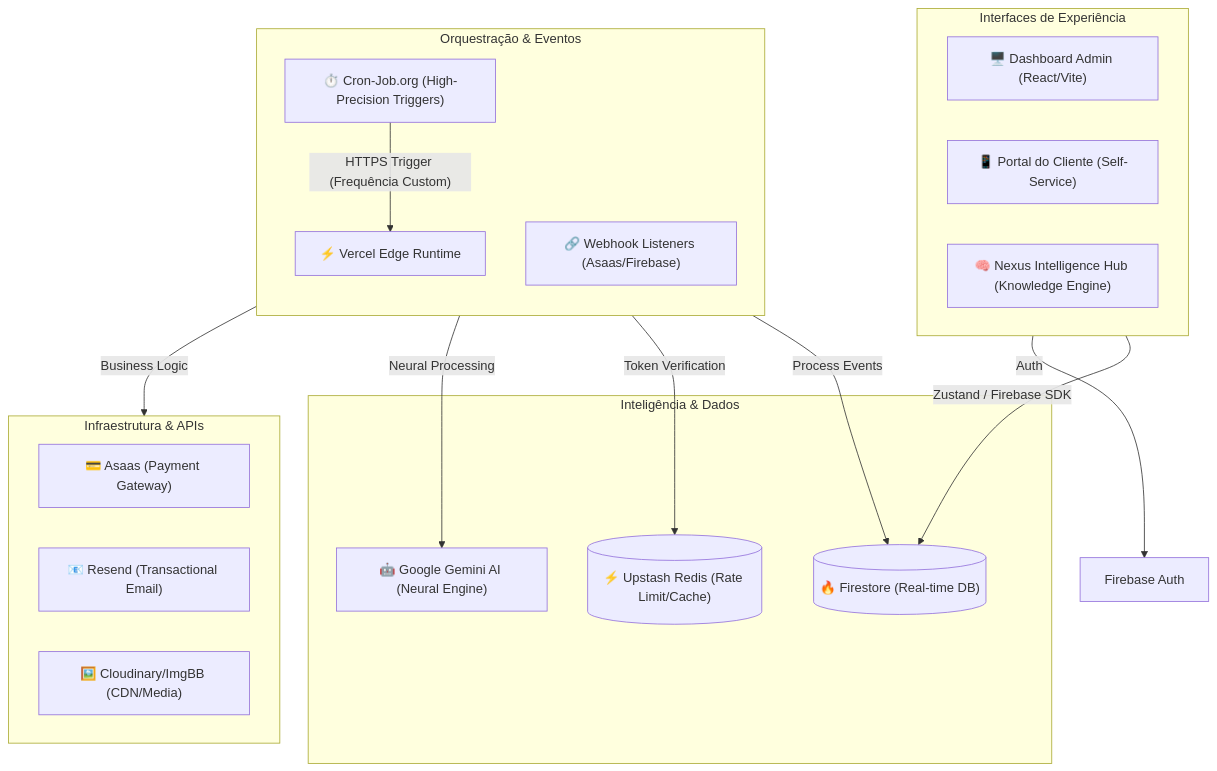
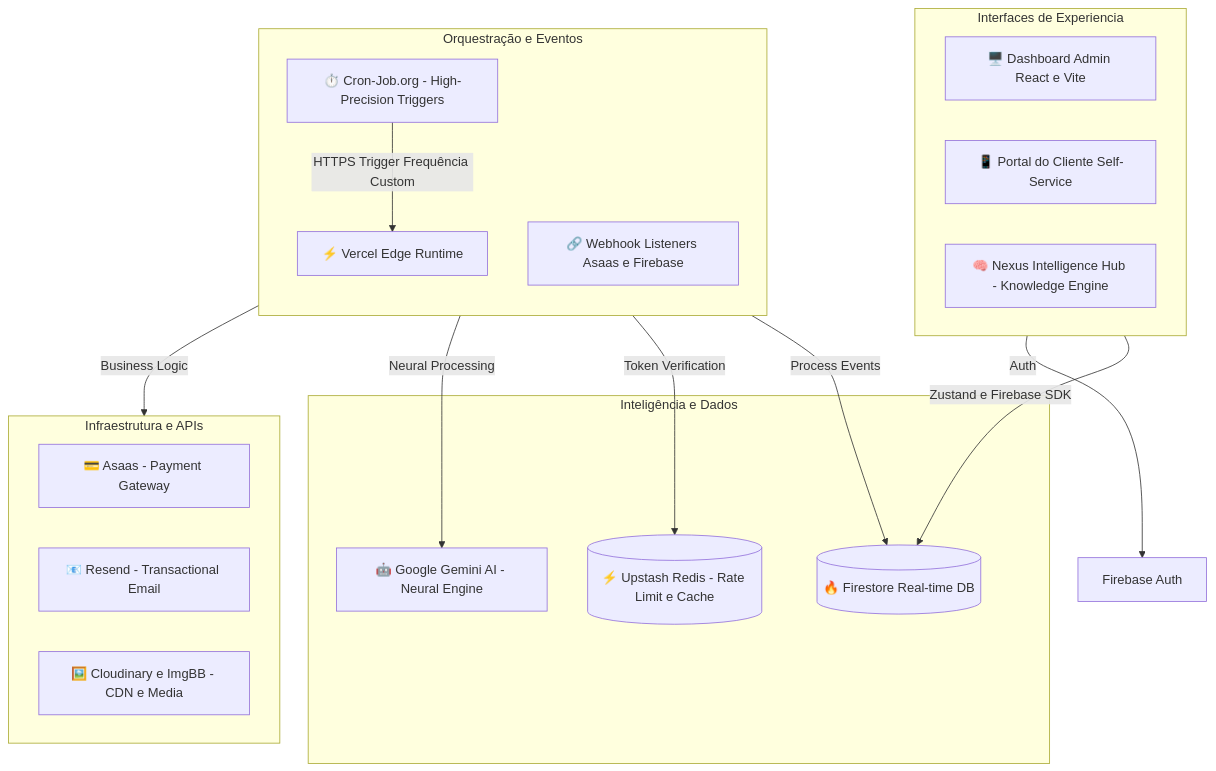
The first of 4 diagrams in README.md (josef10000/hubcrm), drawn with Mermaid before and after one commit. The commit also changed other lines of this file and 3 other files, not shown here.

Commit message:
feat(focus-station): substitui radios por spotify embed, simplifica focus vibes para lofi e corrige renderizacao do mermaid no readme

````diff
--- a/README.md
+++ b/README.md
@@ -19,36 +19,36 @@
 ```mermaid
 graph TB
-    subgraph Client_Layer ["Interfaces de Experiência"]
-        Admin["🖥️ Dashboard Admin (React/Vite)"]
-        Portal["📱 Portal do Cliente (Self-Service)"]
-        Nexus["🧠 Nexus Intelligence Hub (Knowledge Engine)"]
+    subgraph Client_Layer ["Interfaces de Experiencia"]
+        Admin["🖥️ Dashboard Admin React e Vite"]
+        Portal["📱 Portal do Cliente Self-Service"]
+        Nexus["🧠 Nexus Intelligence Hub - Knowledge Engine"]
     end
 
-    subgraph Automation_Orchestra ["Orquestração & Eventos"]
+    subgraph Automation_Orchestra ["Orquestração e Eventos"]
         direction TB
         Vercel["⚡ Vercel Edge Runtime"]
-        Cron["⏱️ Cron-Job.org (High-Precision Triggers)"]
-        Webhooks["🔗 Webhook Listeners (Asaas/Firebase)"]
+        Cron["⏱️ Cron-Job.org - High-Precision Triggers"]
+        Webhooks["🔗 Webhook Listeners Asaas e Firebase"]
     end
 
-    subgraph AI_Data_Persistence ["Inteligência & Dados"]
-        Firestore[("🔥 Firestore (Real-time DB)")]
-        Redis[("⚡ Upstash Redis (Rate Limit/Cache)")]
-        Gemini["🤖 Google Gemini AI (Neural Engine)"]
+    subgraph AI_Data_Persistence ["Inteligência e Dados"]
+        Firestore[("🔥 Firestore Real-time DB")]
+        Redis[("⚡ Upstash Redis - Rate Limit e Cache")]
+        Gemini["🤖 Google Gemini AI - Neural Engine"]
     end
 
-    subgraph Infrastructure_Providers ["Infraestrutura & APIs"]
-        Asaas["💳 Asaas (Payment Gateway)"]
-        Resend["📧 Resend (Transactional Email)"]
-        Cloudinary["🖼️ Cloudinary/ImgBB (CDN/Media)"]
+    subgraph Infrastructure_Providers ["Infraestrutura e APIs"]
+        Asaas["💳 Asaas - Payment Gateway"]
+        Resend["📧 Resend - Transactional Email"]
+        Cloudinary["🖼️ Cloudinary e ImgBB - CDN e Media"]
     end
 
     %% Flows
-    Cron -- "HTTPS Trigger (Frequência Custom)" --> Vercel
+    Cron -- "HTTPS Trigger Frequência Custom" --> Vercel
     Vercel -- "Business Logic" --> Infrastructure_Providers
-    Client_Layer -- "Zustand / Firebase SDK" --> Firestore
+    Client_Layer -- "Zustand e Firebase SDK" --> Firestore
     Vercel -- "Process Events" --> Firestore
     Vercel -- "Token Verification" --> Redis
     Client_Layer -- "Auth" --> Firebase_Auth[Firebase Auth]
     Vercel -- "Neural Processing" --> Gemini
 ```
````
